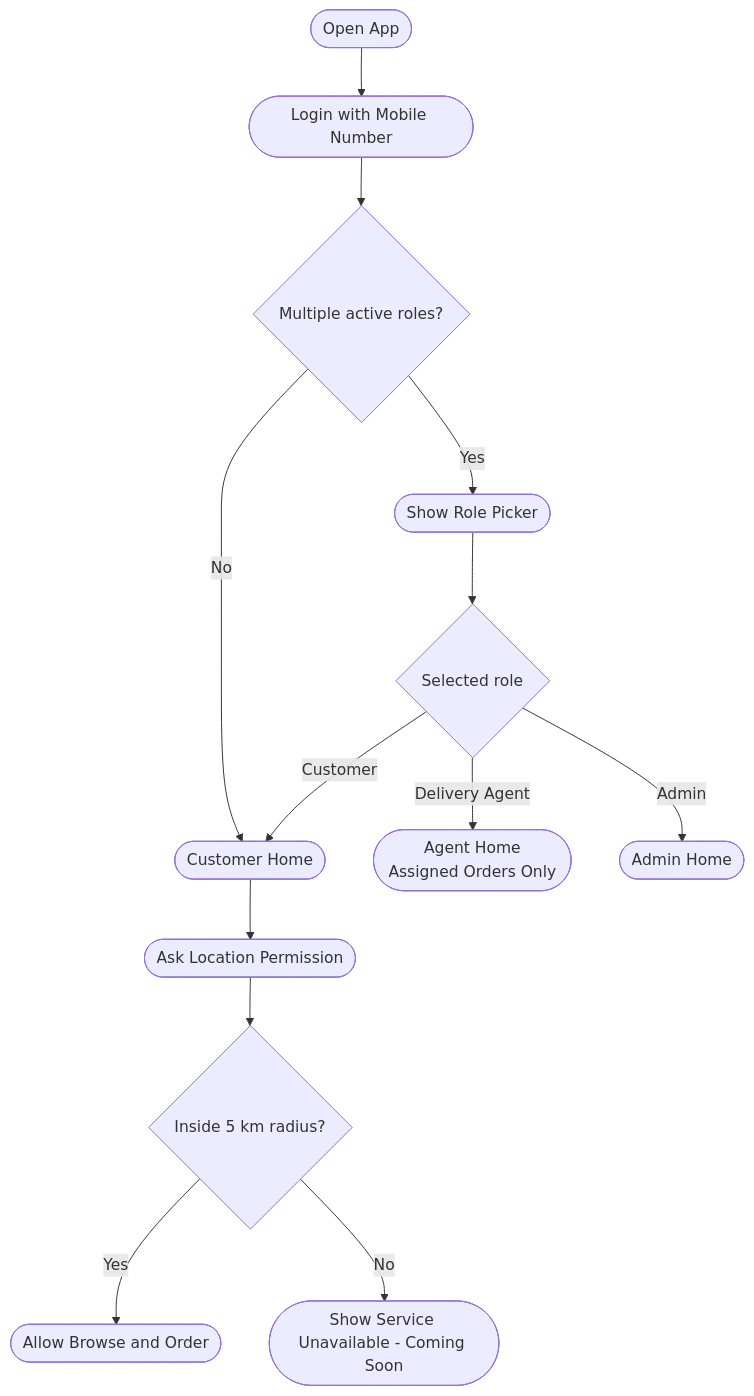
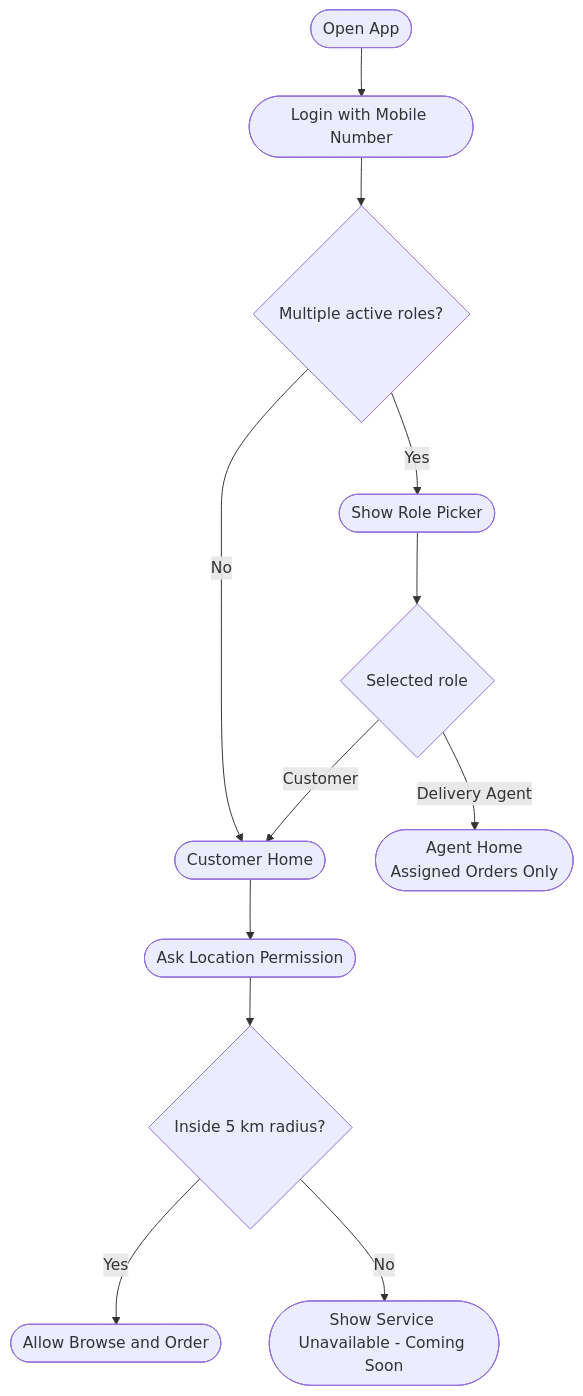
One commit to avinash2222/duka changed the diagram in mobile-app/FRONTEND-FLOW.md. Above: the diagram before and after it, drawn with Mermaid. The commit also changed other lines of this file and 10 other files, not shown here.

````diff
--- a/mobile-app/FRONTEND-FLOW.md
+++ b/mobile-app/FRONTEND-FLOW.md
@@ -15,18 +15,17 @@
 ```mermaid
 flowchart TD
   A([Open App]) --> B([Login with Mobile Number])
   B --> C{Multiple active roles?}
 
   C -- No --> D([Customer Home])
   C -- Yes --> E([Show Role Picker])
   E --> F{Selected role}
 
   F -- Customer --> D
   F -- Delivery Agent --> G([Agent Home<br/>Assigned Orders Only])
-  F -- Admin --> H([Admin Home])
 
   D --> I([Ask Location Permission])
   I --> J{Inside 5 km radius?}
   J -- Yes --> K([Allow Browse and Order])
   J -- No --> L([Show Service Unavailable - Coming Soon])
 ```
````
